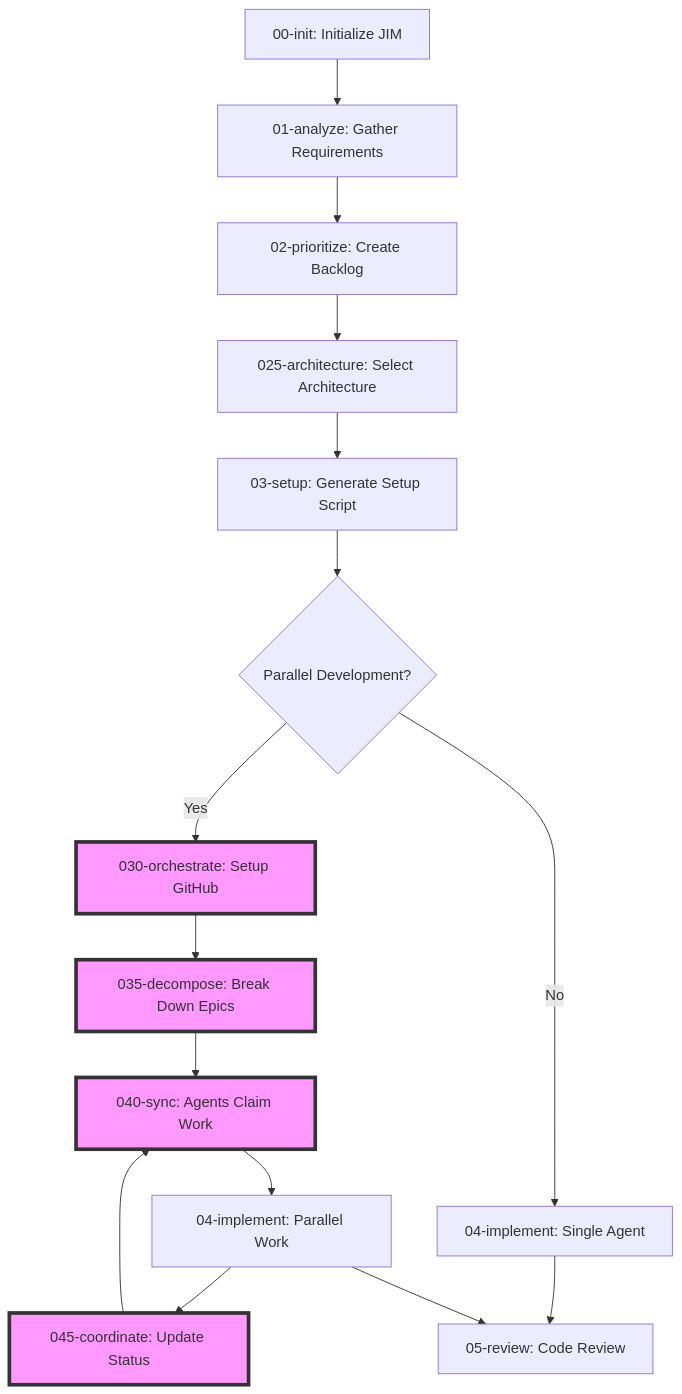
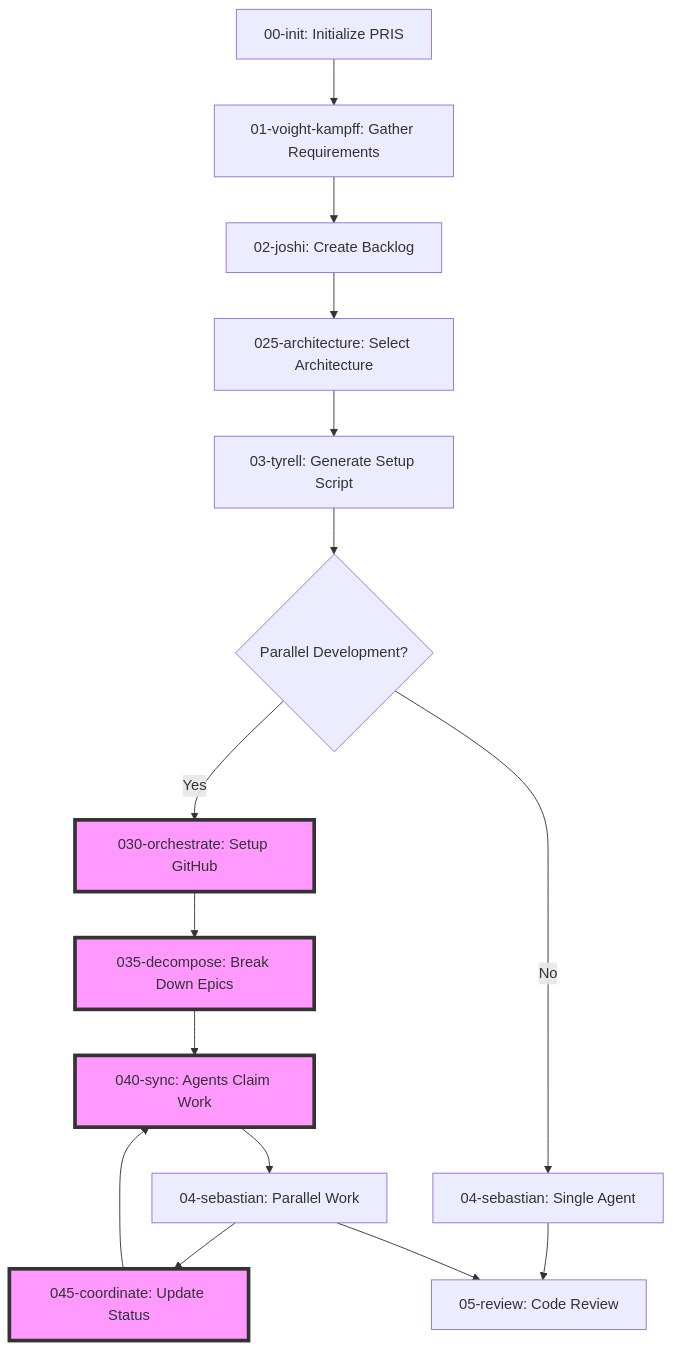
Before and after one commit to benpchandler/nexus: the first of 2 diagrams in commands/README.md, drawn with Mermaid. The commit also changed other lines of this file and 16 other files, not shown here.

First line of the commit message:
refactor: Replace all JIM references with PRIS

````diff
--- a/commands/README.md
+++ b/commands/README.md
@@ -32,25 +32,25 @@
 ```mermaid
 graph TD
-    A[00-init: Initialize JIM] --> B[01-analyze: Gather Requirements]
-    B --> C[02-prioritize: Create Backlog]
+    A[00-init: Initialize PRIS] --> B[01-voight-kampff: Gather Requirements]
+    B --> C[02-joshi: Create Backlog]
     C --> D[025-architecture: Select Architecture]
-    D --> E[03-setup: Generate Setup Script]
+    D --> E[03-tyrell: Generate Setup Script]
     
     E --> F{Parallel Development?}
     F -->|Yes| G[030-orchestrate: Setup GitHub]
-    F -->|No| H[04-implement: Single Agent]
+    F -->|No| H[04-sebastian: Single Agent]
     
     G --> I[035-decompose: Break Down Epics]
     I --> J[040-sync: Agents Claim Work]
-    J --> K[04-implement: Parallel Work]
+    J --> K[04-sebastian: Parallel Work]
     K --> L[045-coordinate: Update Status]
     L --> J
     
     H --> M[05-review: Code Review]
     K --> M
     
     style G fill:#f9f,stroke:#333,stroke-width:4px
     style I fill:#f9f,stroke:#333,stroke-width:4px
     style J fill:#f9f,stroke:#333,stroke-width:4px
     style L fill:#f9f,stroke:#333,stroke-width:4px
 ```
````
